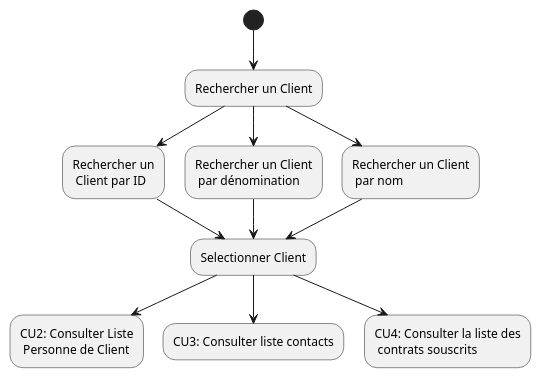
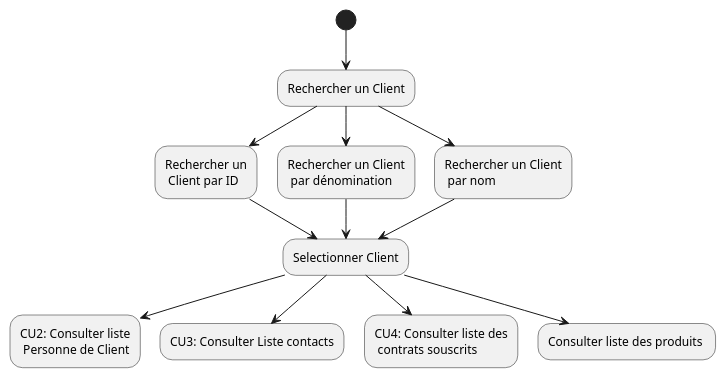
The diagram in src/documentation/CU1_DA.puml (HZjiadong/PLD-MARS), drawn with PlantUML before and after one commit.

Commit message:
fix(CU1_DA): add an activity

```diff
--- a/src/documentation/CU1_DA.puml
+++ b/src/documentation/CU1_DA.puml
@@ -1,15 +1,15 @@
 @startuml
 (*)  --> "Rechercher un Client"
 "Rechercher un Client" --> "Rechercher un\n Client par ID"
 "Rechercher un Client" --> "Rechercher un Client\n par dénomination"
 "Rechercher un Client" --> "Rechercher un Client\n par nom"
 
 "Rechercher un\n Client par ID" --> "Selectionner Client"
 "Rechercher un Client\n par dénomination" --> "Selectionner Client"
 "Rechercher un Client\n par nom" --> "Selectionner Client"
 
-"Selectionner Client" --> "CU2: Consulter Liste\n Personne de Client"
-"Selectionner Client" --> "CU3: Consulter liste contacts"
-"Selectionner Client" --> "CU4: Consulter la liste des\n contrats souscrits"
-
+"Selectionner Client" --> "CU2: Consulter liste\n Personne de Client"
+"Selectionner Client" --> "CU3: Consulter Liste contacts"
+"Selectionner Client" --> "CU4: Consulter liste des\n contrats souscrits"
+"Selectionner Client" --> "Consulter liste des produits "
 @enduml
```
